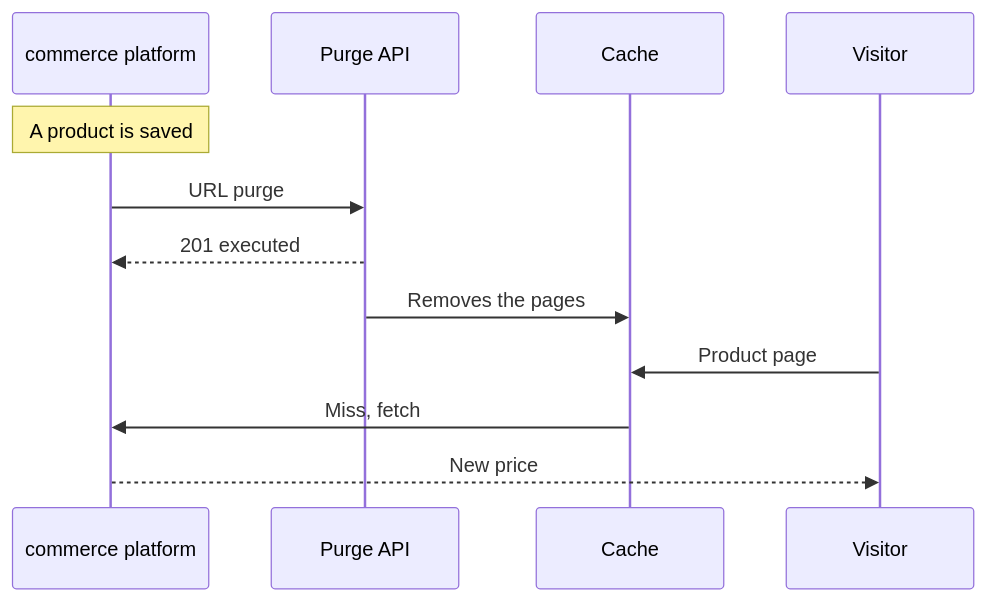
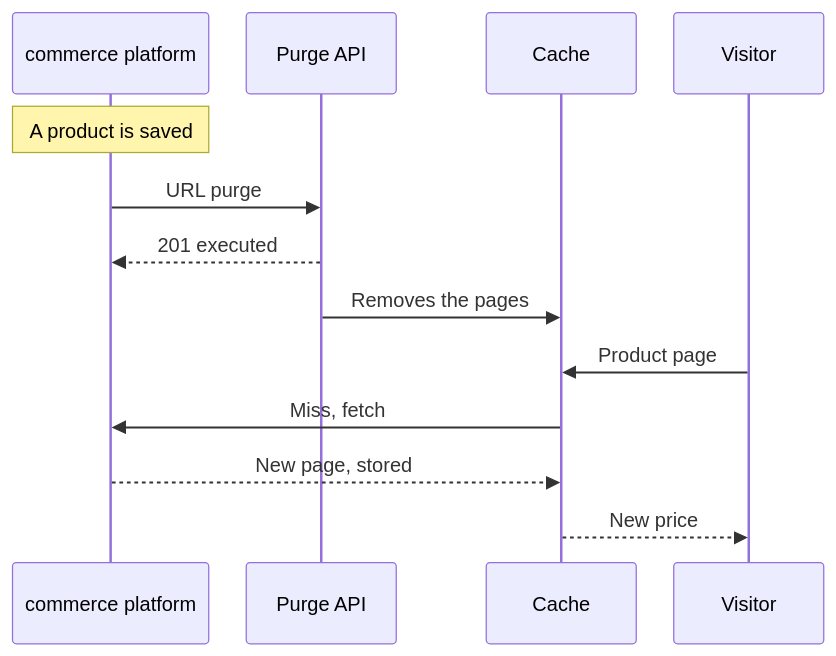
Before and after one commit to aziontech/docs: the third of 3 diagrams in apps/docs/src/content/docs/en/pages/use-cases/build-and-run-applications/build-e-commerce-storefronts.mdx, drawn with Mermaid. The commit also changed other lines of this file and 55 other files, not shown here.

Commit message:
docs(use-cases): redraw the use-case diagrams with the way back and check their claims (#2509)

````diff
--- a/apps/docs/src/content/docs/en/pages/use-cases/build-and-run-applications/build-e-commerce-storefronts.mdx
+++ b/apps/docs/src/content/docs/en/pages/use-cases/build-and-run-applications/build-e-commerce-storefronts.mdx
@@ -118,15 +131,16 @@
 ```mermaid
-%%{init: {"layout": "dagre", "themeVariables": {"fontSize": "13px"}, "flowchart": {"nodeSpacing": 12, "rankSpacing": 12, "padding": 6, "wrappingWidth": 70, "minNodeWidth": 40, "useMaxWidth": true}}}%%
+%%{init: {"layout": "elk", "themeVariables": {"fontSize": "13px"}, "flowchart": {"nodeSpacing": 24, "rankSpacing": 36, "padding": 8, "wrappingWidth": 150, "useMaxWidth": true}, "sequence": {"width": 120, "actorMargin": 30, "useMaxWidth": true}}}%%
 sequenceDiagram
   participant Store as commerce platform
   participant Purge as Purge API
   participant Cache as Cache
   participant Visitor as Visitor
   Note over Store: A product is saved
   Store->>Purge: URL purge
   Purge-->>Store: 201 executed
   Purge->>Cache: Removes the pages
   Visitor->>Cache: Product page
   Cache->>Store: Miss, fetch
-  Store-->>Visitor: New price
+  Store-->>Cache: New page, stored
+  Cache-->>Visitor: New price
 ```
````
